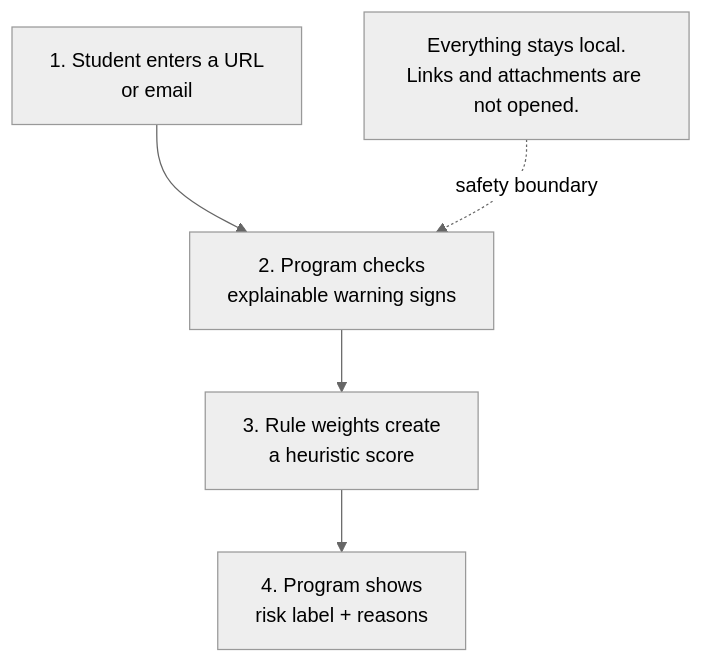
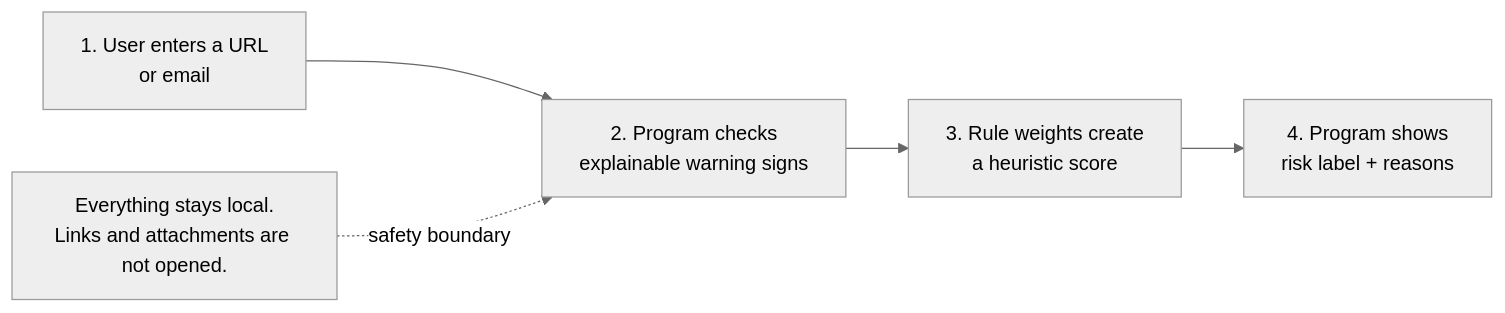
The first of 10 diagrams in docs/SYSTEM_ARCHITECTURE.md (Tyreezebreezy/capstone-phishing-detector), drawn with Mermaid (neutral theme) before and after one commit. The commit also changed other lines of this file and 29 other files, not shown here.

Commit message:
Polish project documentation and correct implementation diagrams

````diff
--- a/docs/SYSTEM_ARCHITECTURE.md
+++ b/docs/SYSTEM_ARCHITECTURE.md
@@ -11,8 +11,8 @@
 ```mermaid
-flowchart TD
-    Input["1. Student enters a URL<br/>or email"] --> Inspect["2. Program checks<br/>explainable warning signs"]
+flowchart LR
+    Input["1. User enters a URL<br/>or email"] --> Inspect["2. Program checks<br/>explainable warning signs"]
     Inspect --> Score["3. Rule weights create<br/>a heuristic score"]
     Score --> Explain["4. Program shows<br/>risk label + reasons"]
     Safety["Everything stays local.<br/>Links and attachments are not opened."]
     Safety -. safety boundary .-> Inspect
 ```
````
